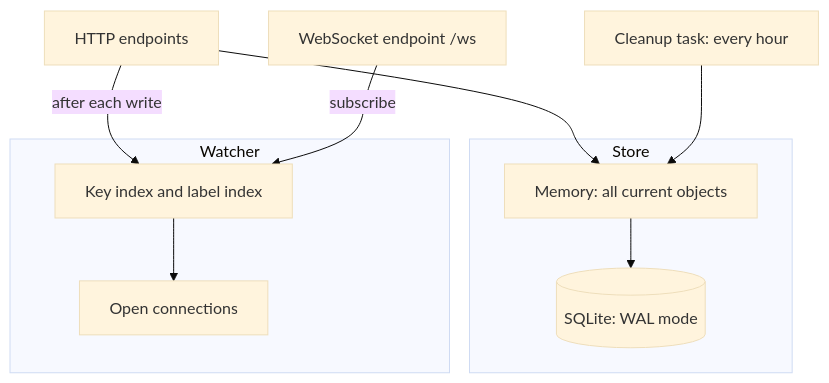
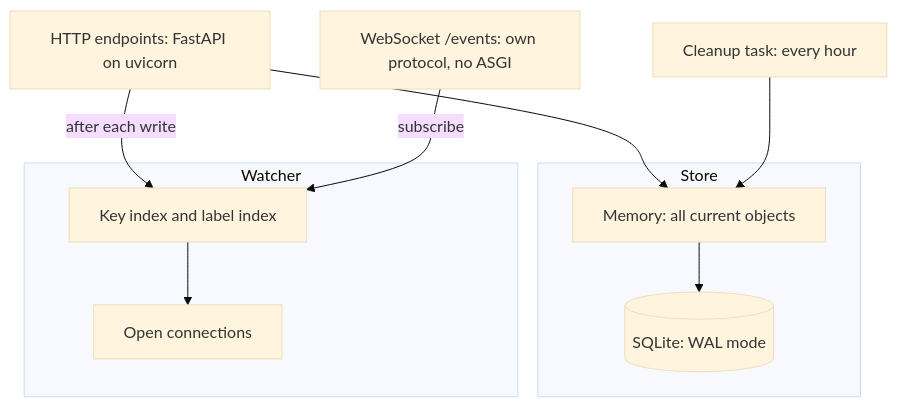
Before and after one commit to tanmoysrt/beacon: the first of 7 diagrams in docs/architecture.md, drawn with Mermaid (base theme). The commit also changed other lines of this file and 9 other files, not shown here.

First line of the commit message:
perf: serve /events outside ASGI to cut fan-out cost

````diff
--- a/docs/architecture.md
+++ b/docs/architecture.md
@@ -5,15 +5,15 @@
 ```mermaid
 flowchart TB
-    HTTP["HTTP endpoints"] --> MEM
+    HTTP["HTTP endpoints: FastAPI on uvicorn"] --> MEM
     HTTP -->|"after each write"| IDX
-    WS["WebSocket endpoint /ws"] -->|"subscribe"| IDX
+    WS["WebSocket /events: own protocol, no ASGI"] -->|"subscribe"| IDX
     CLEAN["Cleanup task: every hour"] --> MEM
 
     subgraph S["Store"]
         MEM["Memory: all current objects"] --> DB[("SQLite: WAL mode")]
     end
 
     subgraph W["Watcher"]
         IDX["Key index and label index"] --> CONN["Open connections"]
     end
 ```
````
